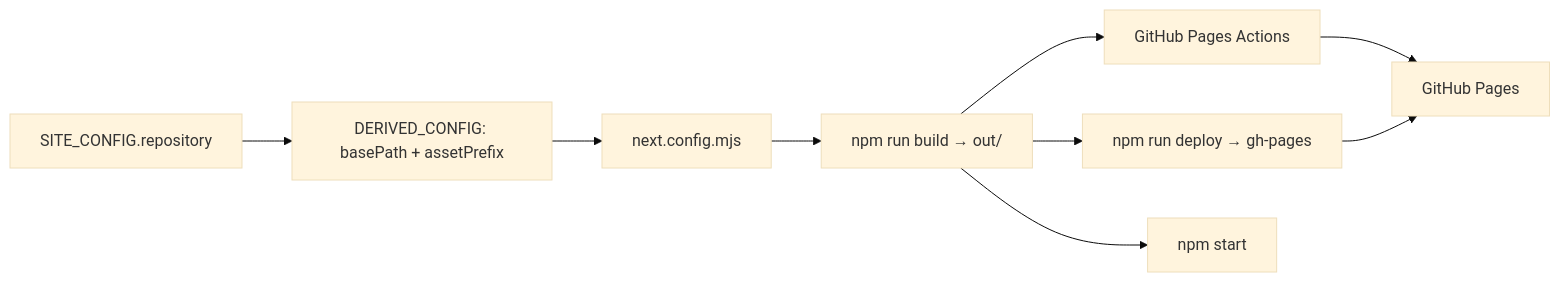
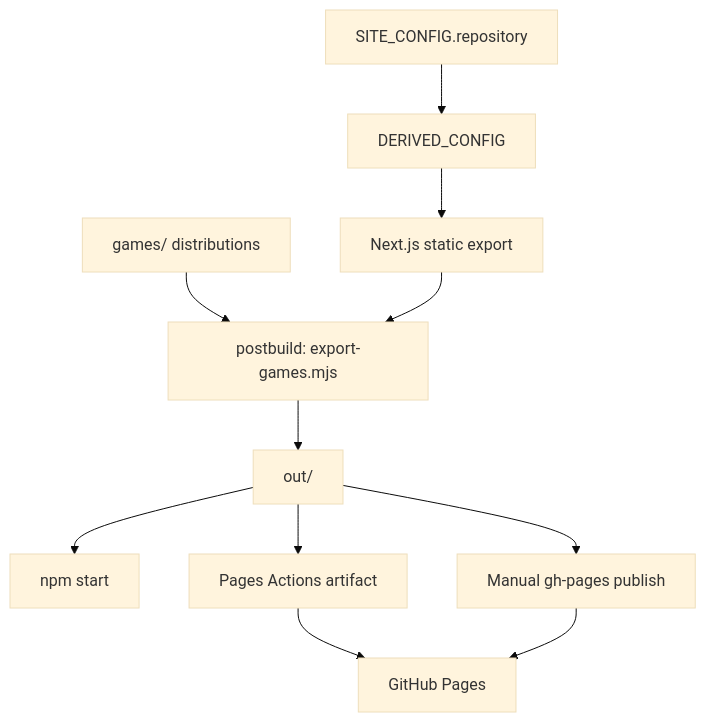
One commit to justinthelaw/justinthelaw changed the third of 4 diagrams in docs/DIAGRAMS.md. Above: the diagram before and after it, drawn with Mermaid (base theme). The commit also changed other lines of this file and 164 other files, not shown here.

````diff
--- a/docs/DIAGRAMS.md
+++ b/docs/DIAGRAMS.md
@@ -73,11 +76,13 @@
 ```mermaid
-flowchart LR
-  config["SITE_CONFIG.repository"] --> derived["DERIVED_CONFIG: basePath + assetPrefix"]
-  derived --> next["next.config.mjs"]
-  next --> build["npm run build → out/"]
-  build --> actions["GitHub Pages Actions"]
-  build --> manual["npm run deploy → gh-pages"]
-  build --> preview["npm start"]
+flowchart TD
+  config["SITE_CONFIG.repository"] --> derived["DERIVED_CONFIG"]
+  derived --> next["Next.js static export"]
+  games["games/ distributions"] --> copy["postbuild: export-games.mjs"]
+  next --> copy
+  copy --> output["out/"]
+  output --> preview["npm start"]
+  output --> actions["Pages Actions artifact"]
+  output --> manual["Manual gh-pages publish"]
   actions --> pages["GitHub Pages"]
   manual --> pages
 ```
````
